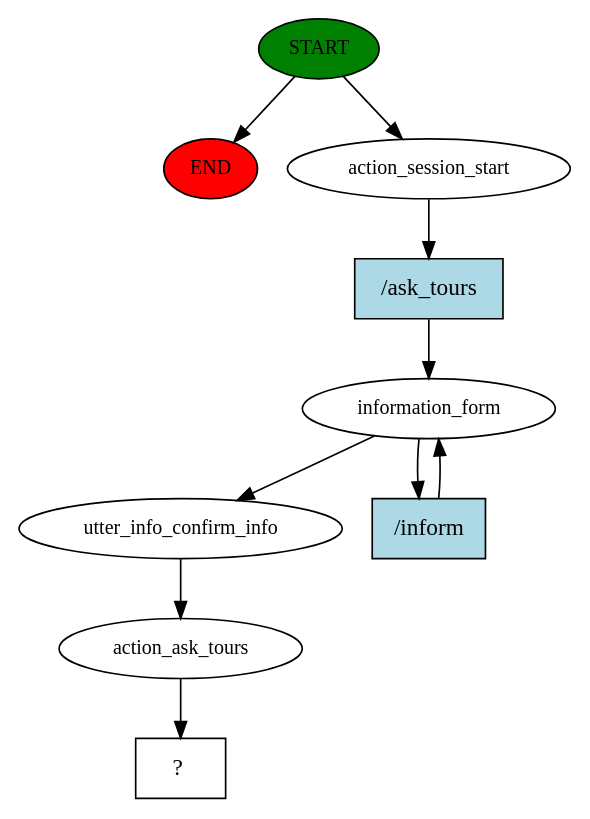
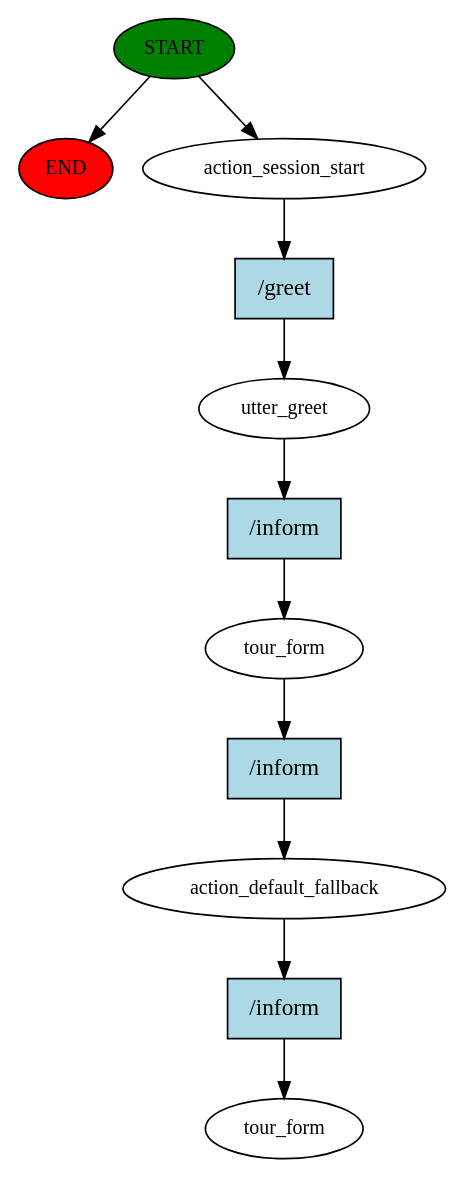
Before and after one commit to sitoan/chatbot: the diagram in story_graph.dot, drawn with Graphviz. The commit also changed 126 other files, not shown here.

```diff
--- a/story_graph.dot
+++ b/story_graph.dot
@@ -1,20 +1,23 @@
 digraph  {
 0 [class="start active", fillcolor=green, fontsize=12, label=START, style=filled];
 "-1" [class=end, fillcolor=red, fontsize=12, label=END, style=filled];
 1 [class=active, fontsize=12, label=action_session_start];
-2 [class=active, fontsize=12, label=information_form];
-6 [class=active, fontsize=12, label=utter_info_confirm_info];
-7 [class=active, fontsize=12, label=action_ask_tours];
-8 [class="intent dashed active", label="  ?  ", shape=rect];
-9 [class="intent active", fillcolor=lightblue, label="/ask_tours", shape=rect, style=filled];
-10 [class="intent active", fillcolor=lightblue, label="/inform", shape=rect, style=filled];
+2 [class=active, fontsize=12, label=utter_greet];
+3 [class=active, fontsize=12, label=tour_form];
+4 [class=active, fontsize=12, label=action_default_fallback];
+5 [class="dashed active", fontsize=12, label=tour_form];
+6 [class="intent active", fillcolor=lightblue, label="/greet", shape=rect, style=filled];
+7 [class="intent active", fillcolor=lightblue, label="/inform", shape=rect, style=filled];
+8 [class="intent active", fillcolor=lightblue, label="/inform", shape=rect, style=filled];
+9 [class="intent active", fillcolor=lightblue, label="/inform", shape=rect, style=filled];
 0 -> "-1"  [class="", key=NONE, label=""];
 0 -> 1  [class=active, key=NONE, label=""];
-1 -> 9  [class=active, key=0];
-2 -> 6  [class=active, key=NONE, label=""];
-2 -> 10  [class=active, key=0];
-6 -> 7  [class=active, key=NONE, label=""];
-7 -> 8  [class=active, key=NONE, label=""];
-9 -> 2  [class=active, key=0];
-10 -> 2  [class=active, key=0];
+1 -> 6  [class=active, key=0];
+2 -> 7  [class=active, key=0];
+3 -> 8  [class=active, key=0];
+4 -> 9  [class=active, key=0];
+6 -> 2  [class=active, key=0];
+7 -> 3  [class=active, key=0];
+8 -> 4  [class=active, key=0];
+9 -> 5  [class=active, key=0];
 }
```
